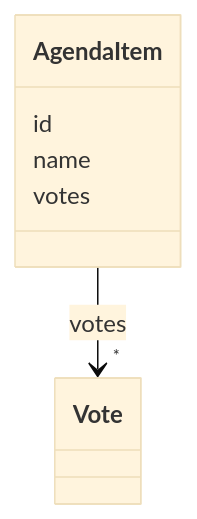
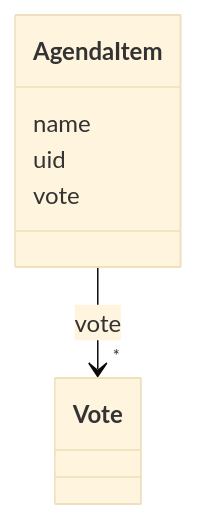
The diagram in tutorial/output/docs/agendaItem.md (swiss/political-affairs-ech-group), drawn with Mermaid (base theme) before and after one commit. The commit also changed other lines of this file and 2 other files, not shown here.

````diff
--- a/tutorial/output/docs/agendaItem.md
+++ b/tutorial/output/docs/agendaItem.md
@@ -14,19 +14,19 @@
 ```mermaid
  classDiagram
     class AgendaItem
     click AgendaItem href "../AgendaItem"
-      AgendaItem : id
-        
       AgendaItem : name
         
-      AgendaItem : votes
+      AgendaItem : uid
+        
+      AgendaItem : vote
         
           
     
     
-    AgendaItem --> "*" Vote : votes
+    AgendaItem --> "*" Vote : vote
     click Vote href "../Vote"
 
         
       
 ```
````
